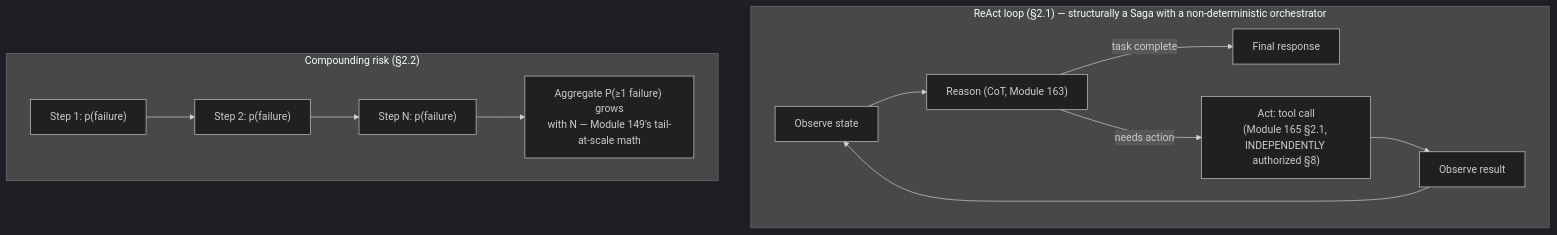
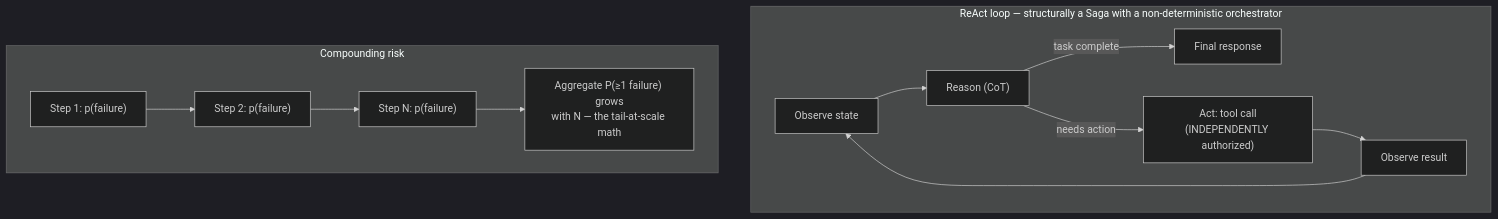
One commit to umashankarp/InterviewQuestions changed the diagram in 44-AI-Systems/05-AI-Agents-Planning-ToolOrchestration-MultiAgentSystems-AutonomyRisk.md. Above: the diagram before and after it, drawn with Mermaid (dark theme). The commit also changed other lines of this file and 173 other files, not shown here.

````diff
--- a/44-AI-Systems/05-AI-Agents-Planning-ToolOrchestration-MultiAgentSystems-AutonomyRisk.md
+++ b/44-AI-Systems/05-AI-Agents-Planning-ToolOrchestration-MultiAgentSystems-AutonomyRisk.md
@@ -64,16 +64,16 @@
 ```mermaid
 graph TB
-    subgraph "ReAct loop (§2.1) — structurally a Saga with a non-deterministic orchestrator"
-        Observe[Observe state] --> Reason["Reason (CoT, Module 163)"]
-        Reason -->|task complete| Done[Final response]
-        Reason -->|needs action| Act["Act: tool call<br/>(Module 165 §2.1, INDEPENDENTLY authorized §8)"]
-        Act --> ObserveResult[Observe result]
-        ObserveResult --> Observe
-    end
+ subgraph "ReAct loop — structurally a Saga with a non-deterministic orchestrator"
+ Observe[Observe state] --> Reason["Reason (CoT)"]
+ Reason -->|task complete| Done[Final response]
+ Reason -->|needs action| Act["Act: tool call<br/>(INDEPENDENTLY authorized)"]
+ Act --> ObserveResult[Observe result]
+ ObserveResult --> Observe
+ end
 
-    subgraph "Compounding risk (§2.2)"
-        Step1["Step 1: p(failure)"] --> Step2["Step 2: p(failure)"]
-        Step2 --> StepN["Step N: p(failure)"]
-        StepN --> Aggregate["Aggregate P(≥1 failure) grows<br/>with N — Module 149's tail-at-scale math"]
-    end
+ subgraph "Compounding risk"
+ Step1["Step 1: p(failure)"] --> Step2["Step 2: p(failure)"]
+ Step2 --> StepN["Step N: p(failure)"]
+ StepN --> Aggregate["Aggregate P(≥1 failure) grows<br/>with N — the tail-at-scale math"]
+ end
 ```
````
